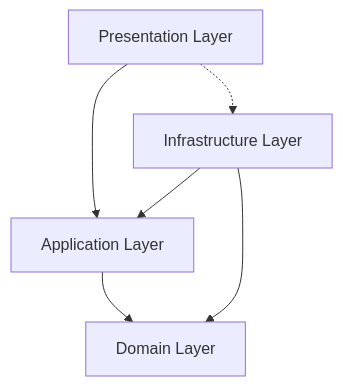
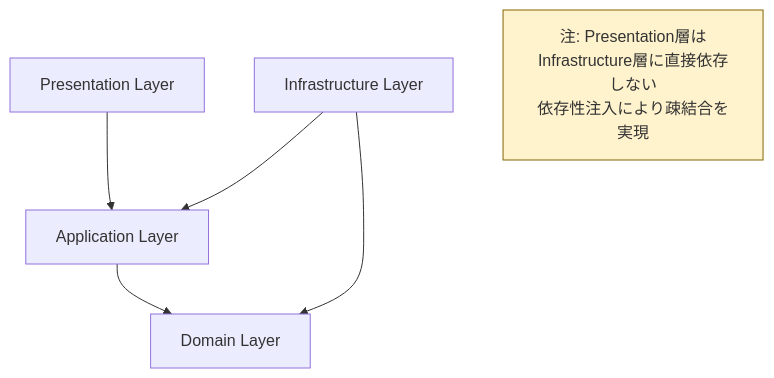
One commit to kencom2400/account-book changed diagram 12 of 13 in docs/detailed-design/FR-001-005_institution-integration/class-diagrams.md. Above: the diagram before and after it, drawn with Mermaid. The commit also changed other lines of this file and 2 other files, not shown here.

````diff
--- a/docs/detailed-design/FR-001-005_institution-integration/class-diagrams.md
+++ b/docs/detailed-design/FR-001-005_institution-integration/class-diagrams.md
@@ -690,9 +690,11 @@
 ```mermaid
 graph TD
     Presentation[Presentation Layer] --> Application[Application Layer]
     Application --> Domain[Domain Layer]
     Infrastructure[Infrastructure Layer] --> Domain
     Infrastructure --> Application
 
-    Presentation -.-> Infrastructure
+    note[注: Presentation層はInfrastructure層に直接依存しない<br/>依存性注入により疎結合を実現]
+
+    style note fill:#fff3cd,stroke:#856404
 ```
````
